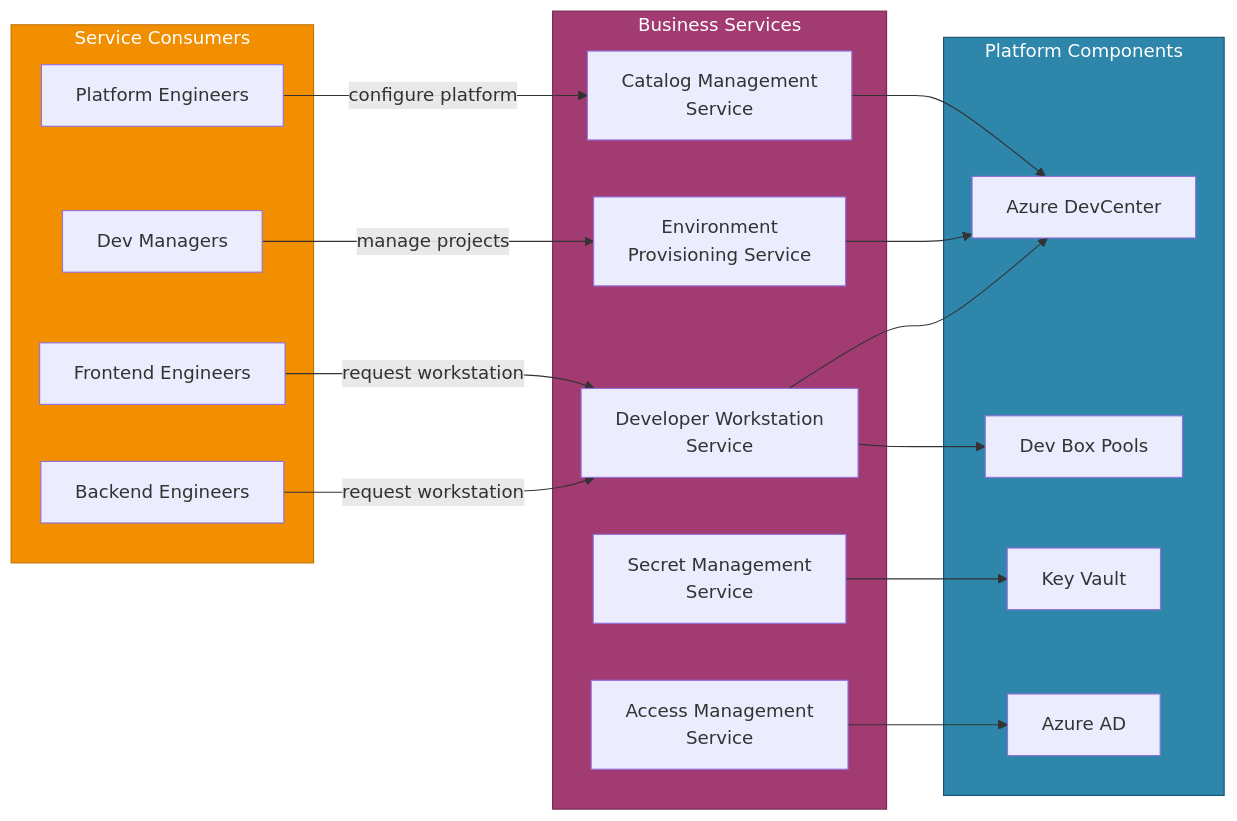
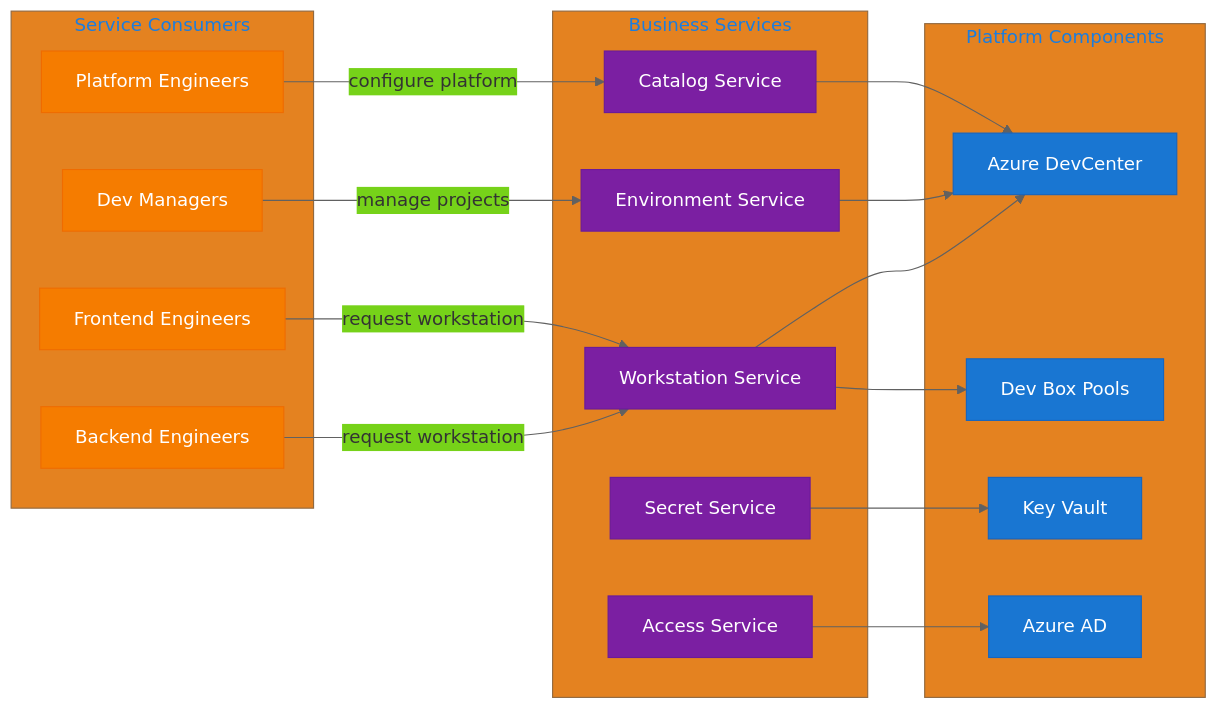
The fourth of 6 diagrams in docs/architecture/business.md (Evilazaro/DevExp-DevBox), drawn with Mermaid before and after one commit. The commit also changed other lines of this file, not shown here.

Commit message:
docs: enhance Business Architecture document with improved Mermaid diagrams and styling for clarity

````diff
--- a/docs/architecture/business.md
+++ b/docs/architecture/business.md
@@ -241,39 +262,45 @@
 ```mermaid
+%%{init: {'theme': 'base', 'themeVariables': { 'primaryColor': '#1976D2', 'lineColor': '#616161'}}}%%
 flowchart LR
     subgraph Consumers["Service Consumers"]
-        style Consumers fill:#F18F01,stroke:#c47301,color:#fff
         U1["Backend Engineers"]
         U2["Frontend Engineers"]
         U3["Dev Managers"]
         U4["Platform Engineers"]
     end
 
     subgraph Services["Business Services"]
-        style Services fill:#A23B72,stroke:#7a2956,color:#fff
-        SVC1["Developer Workstation<br/>Service"]
-        SVC2["Environment<br/>Provisioning Service"]
-        SVC3["Catalog Management<br/>Service"]
-        SVC4["Access Management<br/>Service"]
-        SVC5["Secret Management<br/>Service"]
+        SVC1["Workstation Service"]
+        SVC2["Environment Service"]
+        SVC3["Catalog Service"]
+        SVC4["Access Service"]
+        SVC5["Secret Service"]
     end
 
     subgraph Platform["Platform Components"]
-        style Platform fill:#2E86AB,stroke:#1a5276,color:#fff
         PC1["Azure DevCenter"]
         PC2["Dev Box Pools"]
         PC3["Key Vault"]
         PC4["Azure AD"]
     end
 
     U1 -->|"request workstation"| SVC1
     U2 -->|"request workstation"| SVC1
     U3 -->|"manage projects"| SVC2
     U4 -->|"configure platform"| SVC3
 
     SVC1 --> PC1
     SVC1 --> PC2
     SVC2 --> PC1
     SVC3 --> PC1
     SVC4 --> PC4
     SVC5 --> PC3
+
+    classDef consumerStyle fill:#F57C00,stroke:#EF6C00,color:#FFFFFF
+    classDef serviceStyle fill:#7B1FA2,stroke:#6A1B9A,color:#FFFFFF
+    classDef platformStyle fill:#1976D2,stroke:#1565C0,color:#FFFFFF
+
+    class U1,U2,U3,U4 consumerStyle
+    class SVC1,SVC2,SVC3,SVC4,SVC5 serviceStyle
+    class PC1,PC2,PC3,PC4 platformStyle
 ```
````
